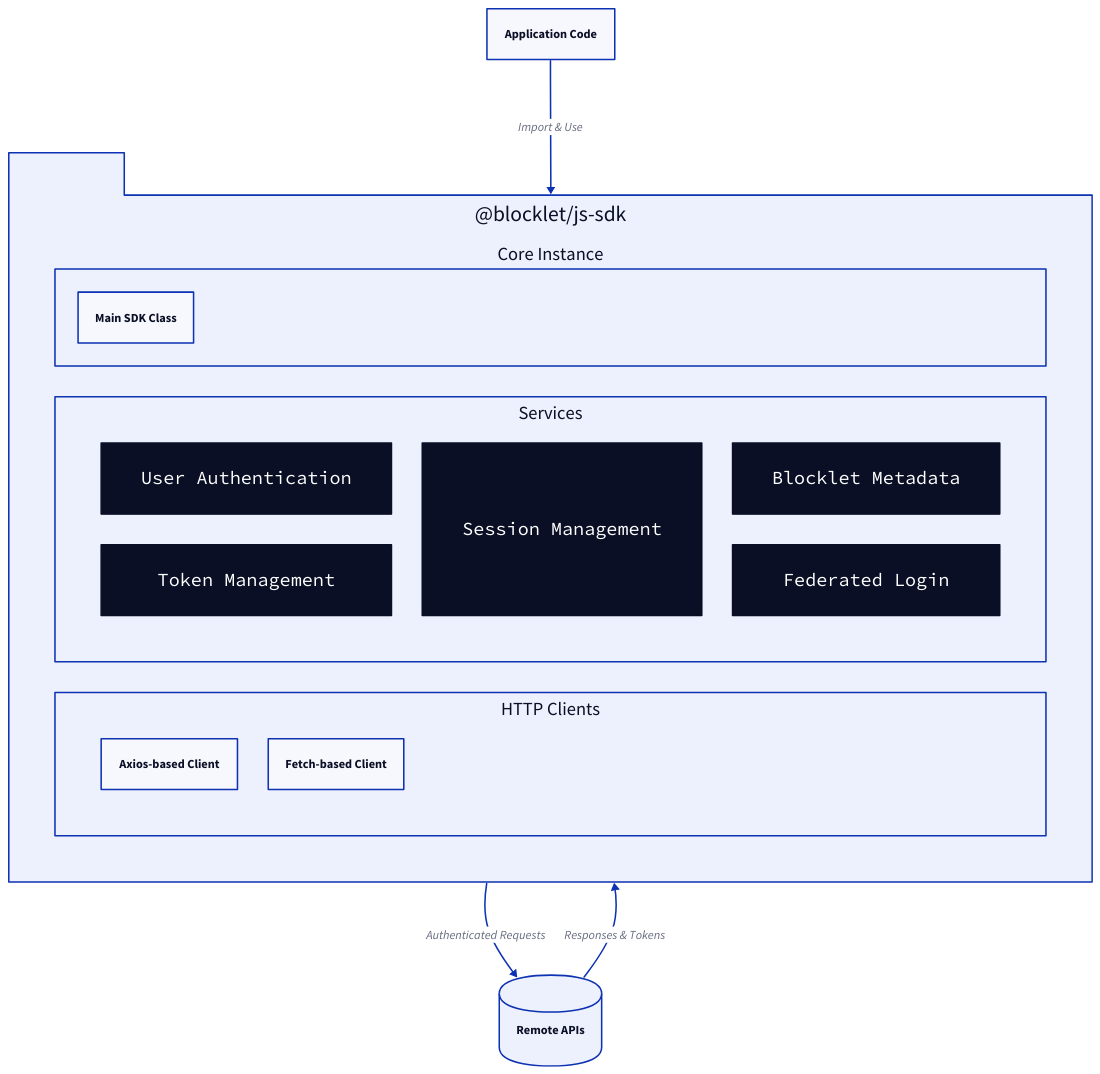
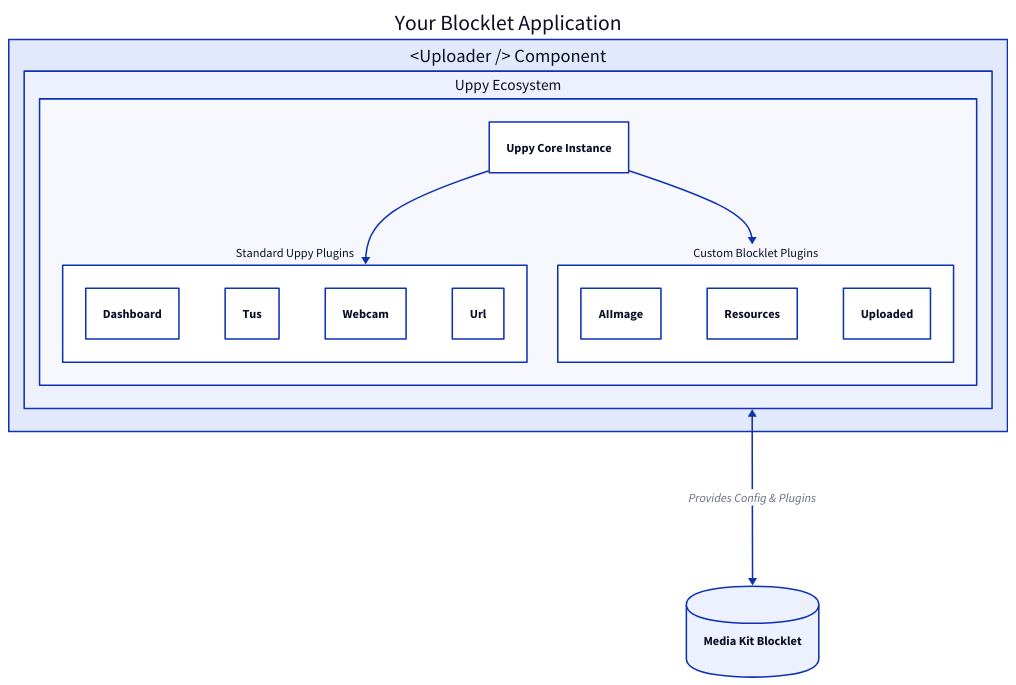
Before and after one commit to AIGNE-io/aigne-doc-smith: diagram 19 of 32 in prompts/document/d2-chart/rules.md, drawn with D2. The commit also changed other lines of this file and 9 other files, not shown here.

````diff
--- a/prompts/document/d2-chart/rules.md
+++ b/prompts/document/d2-chart/rules.md
@@ -253,54 +447,48 @@
-      ```d2
-      direction: down
+  ```d2
+  direction: down
 
-      "SDK": "@blocklet/js-sdk" {
-        shape: package
-        grid-columns: 1
-        
-        "Core Instance": {
+  blocklet-app: {
+    label: "Your Blocklet Application"
+    shape: rectangle
+
+    uploader-component: {
+      label: "<Uploader /> Component"
+      shape: rectangle
+
+      uppy-ecosystem: {
+        label: "Uppy Ecosystem"
+        shape: rectangle
+
+        uppy-core: {
+          label: "Uppy Core Instance"
+        }
+
+        standard-plugins: {
+          label: "Standard Uppy Plugins"
           shape: rectangle
-          "BlockletSDK": "Main SDK Class"
+          Dashboard: {}
+          Tus: {}
+          Webcam: {}
+          Url: {}
         }
-        
-        "Services": {
-          grid-columns: 3
-          "AuthService": "User Authentication" {
-            shape: class
-          }
-          "TokenService": "Token Management" {
-            shape: class  
-          }
-          "UserSessionService": "Session Management" {
-            shape: class
-          }
-          "BlockletService": "Blocklet Metadata" {
-            shape: class
-          }
-          "FederatedService": "Federated Login" {
-            shape: class
-          }
-        }
-        
-        "HTTP Clients": {
-          grid-columns: 2
-          "createAxios": "Axios-based Client" {
-            shape: rectangle
-          }
-          "createFetch": "Fetch-based Client" {
-            shape: rectangle
-          }
+
+        custom-plugins: {
+          label: "Custom Blocklet Plugins"
+          shape: rectangle
+          AIImage: {}
+          Resources: {}
+          Uploaded: {}
         }
       }
+    }
+  }
 
-      "Your App": "Application Code" {
-        shape: rectangle
-      }
+  media-kit: {
+    label: "Media Kit Blocklet"
+    shape: cylinder
+  }
 
-      "Blocklet Services": "Remote APIs" {
-        shape: cylinder
-      }
-
-      "Your App" -> "SDK": "Import & Use"
-      "SDK" -> "Blocklet Services": "Authenticated Requests"
-      "Blocklet Services" -> "SDK": "Responses & Tokens"
-      ```
+  blocklet-app.uploader-component.uppy-ecosystem.uppy-core -> blocklet-app.uploader-component.uppy-ecosystem.standard-plugins
+  blocklet-app.uploader-component.uppy-ecosystem.uppy-core -> blocklet-app.uploader-component.uppy-ecosystem.custom-plugins
+  blocklet-app.uploader-component <-> media-kit: "Provides Config & Plugins"
+  ```
````
